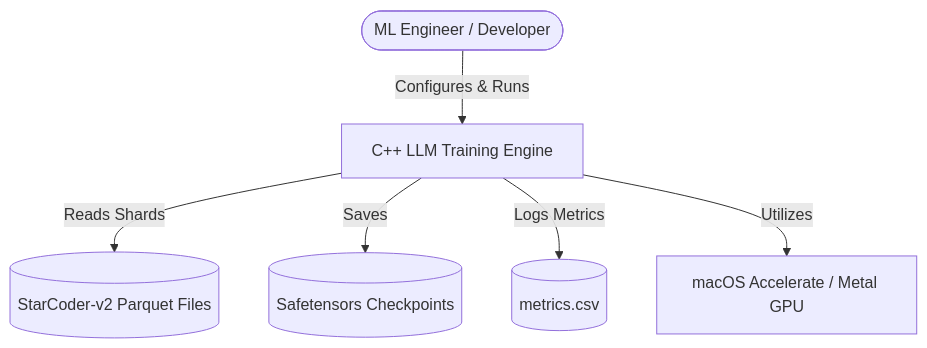
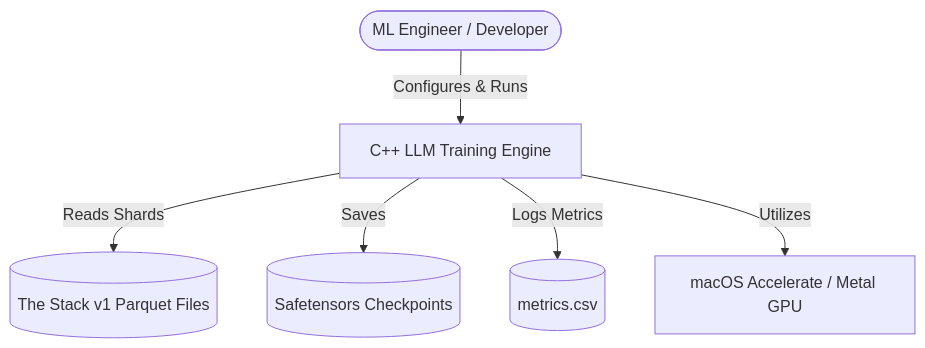
One commit to rahul238xaviers/large-language-model changed the first of 3 diagrams in cpp/doc/c4_sprint_plan.md. Above: the diagram before and after it, drawn with Mermaid. The commit also changed other lines of this file and 5 other files, not shown here.

````diff
--- a/cpp/doc/c4_sprint_plan.md
+++ b/cpp/doc/c4_sprint_plan.md
@@ -12,8 +12,8 @@
 ```mermaid
 graph TD
     User([ML Engineer / Developer]) -->|Configures & Runs| Engine[C++ LLM Training Engine]
-    Engine -->|Reads Shards| ParquetData[(StarCoder-v2 Parquet Files)]
+    Engine -->|Reads Shards| ParquetData[(The Stack v1 Parquet Files)]
     Engine -->|Saves| Checkpoints[(Safetensors Checkpoints)]
     Engine -->|Logs Metrics| CSVLogs[(metrics.csv)]
     Engine -->|Utilizes| MacOS[macOS Accelerate / Metal GPU]
 ```
````
